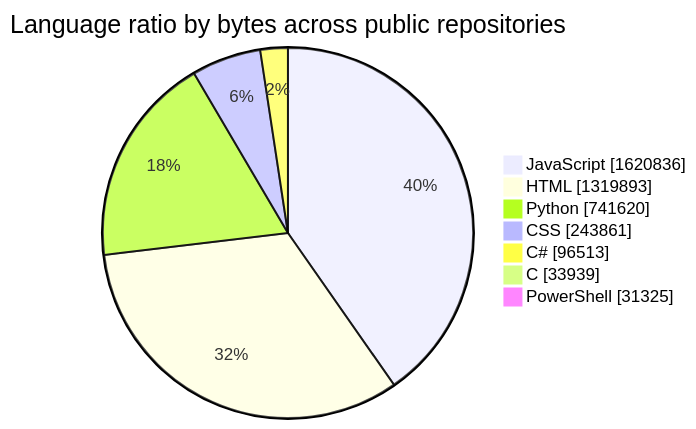
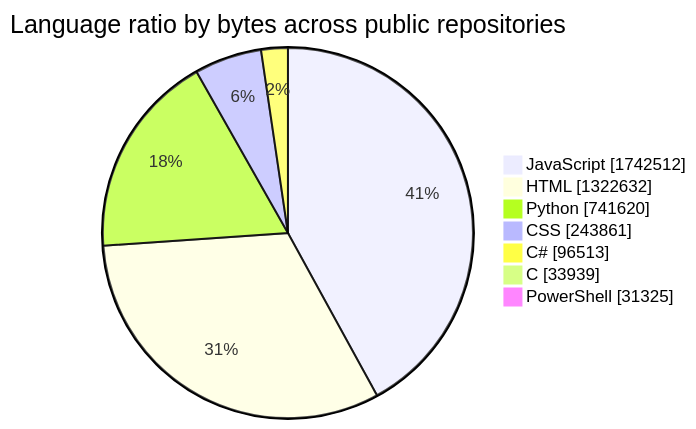
One commit to tchinso/tchinso changed the first of 2 diagrams in README.md. Above: the diagram before and after it, drawn with Mermaid. The commit also changed other lines of this file, not shown here.

````diff
--- a/README.md
+++ b/README.md
@@ -24,11 +24,11 @@
 ```mermaid
 pie showData
     title Language ratio by bytes across public repositories
-    "JavaScript" : 1620836
-    "HTML" : 1319893
+    "JavaScript" : 1742512
+    "HTML" : 1322632
     "Python" : 741620
     "CSS" : 243861
     "C#" : 96513
     "C" : 33939
     "PowerShell" : 31325
 ```
````
